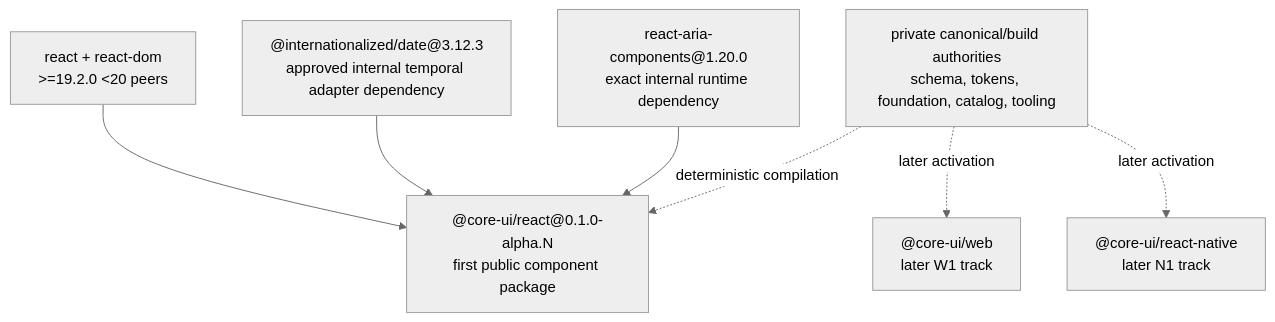
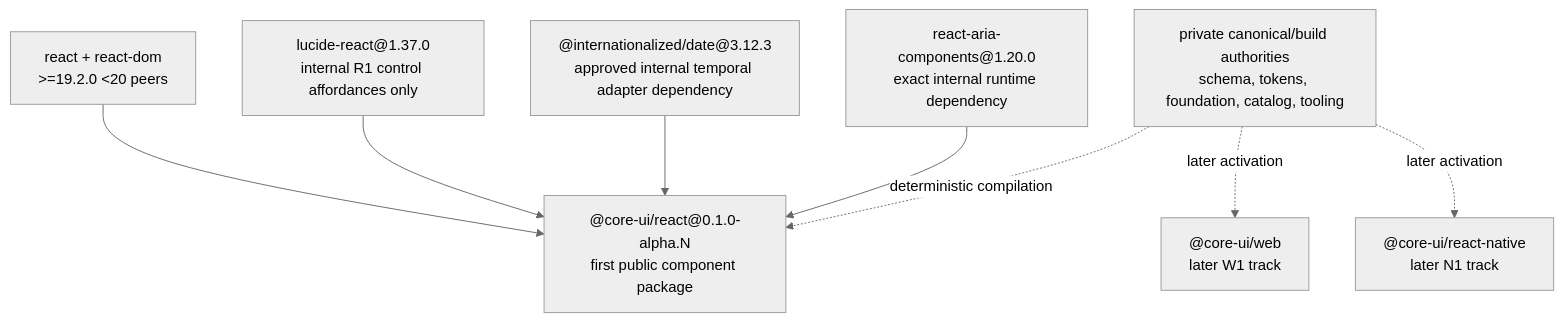
The second of 2 diagrams in strategy/monorepo-architecture.md (ndrewtran/core-ui), drawn with Mermaid (neutral theme) before and after one commit. The commit also changed other lines of this file and 4 other files, not shown here.

````diff
--- a/strategy/monorepo-architecture.md
+++ b/strategy/monorepo-architecture.md
@@ -1114,17 +1129,19 @@
 ```mermaid
 flowchart TD
   canonical["private canonical/build authorities\nschema, tokens, foundation, catalog, tooling"]
   react["@core-ui/react@0.1.0-alpha.N\nfirst public component package"]
   aria["react-aria-components@1.20.0\nexact internal runtime dependency"]
   temporal["@internationalized/date@3.12.3\napproved internal temporal adapter dependency"]
+  lucide["lucide-react@1.37.0\ninternal R1 control affordances only"]
   peers["react + react-dom\n>=19.2.0 <20 peers"]
   web["@core-ui/web\nlater W1 track"]
   native["@core-ui/react-native\nlater N1 track"]
 
   canonical -. deterministic compilation .-> react
   aria --> react
   temporal --> react
+  lucide --> react
   peers --> react
   canonical -. later activation .-> web
   canonical -. later activation .-> native
 ```
````
